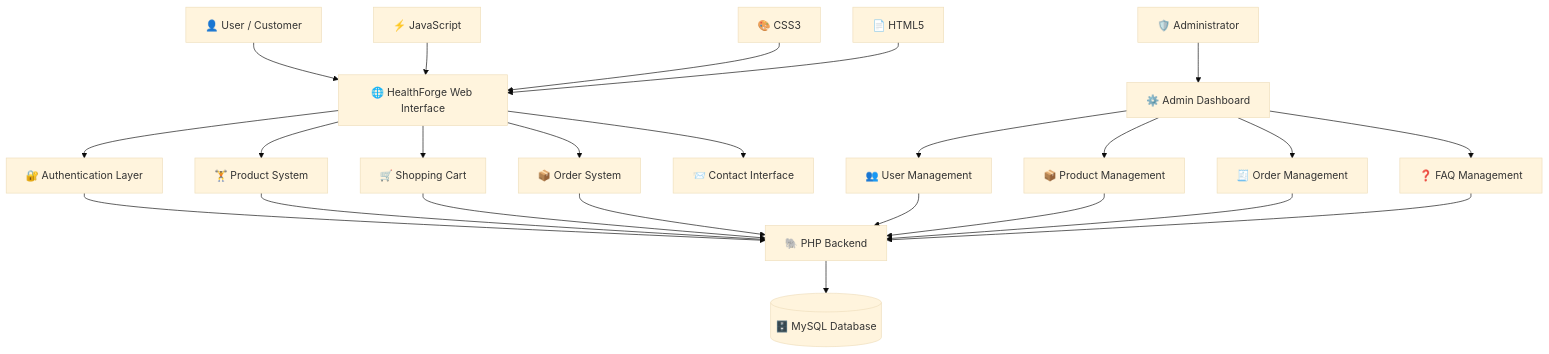
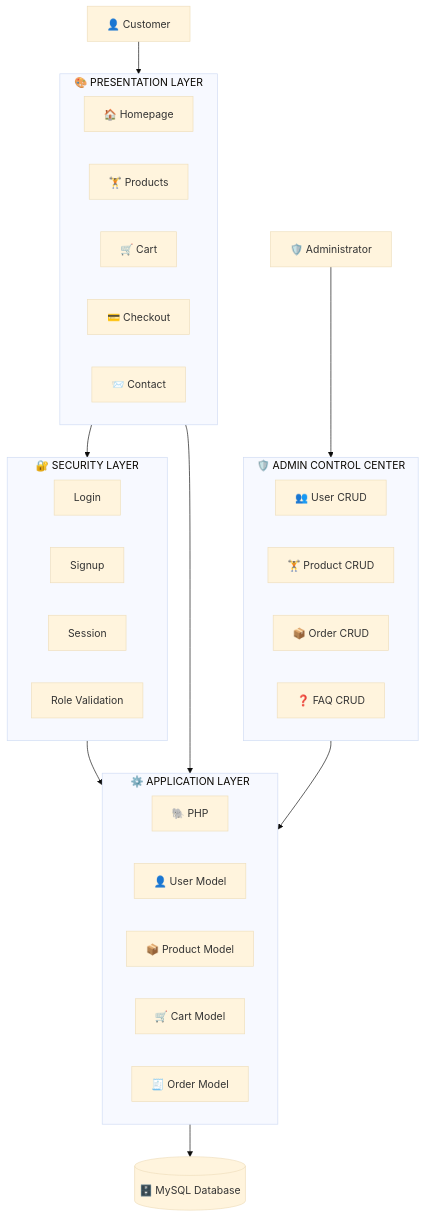
The first of 10 diagrams in README.md (Ahamed369/HealthForge-Fitness-Web-Application), drawn with Mermaid (base theme) before and after one commit. The commit also changed other lines of this file, not shown here.

````diff
--- a/README.md
+++ b/README.md
@@ -137,33 +137,47 @@
 ```mermaid
-flowchart TD
-    U["👤 User / Customer"] --> UI["🌐 HealthForge Web Interface"]
+flowchart TB
 
-    A["🛡️ Administrator"] --> AD["⚙️ Admin Dashboard"]
+    USER["👤 Customer"]
+    ADMIN["🛡️ Administrator"]
 
-    UI --> AUTH["🔐 Authentication Layer"]
-    UI --> PROD["🏋️ Product System"]
-    UI --> CART["🛒 Shopping Cart"]
-    UI --> ORD["📦 Order System"]
-    UI --> CONTACT["📨 Contact Interface"]
+    subgraph UI["🎨 PRESENTATION LAYER"]
+        HOME["🏠 Homepage"]
+        PRODUCTS["🏋️ Products"]
+        CART["🛒 Cart"]
+        CHECKOUT["💳 Checkout"]
+        CONTACT["📨 Contact"]
+    end
 
-    AD --> USERM["👥 User Management"]
-    AD --> PRODM["📦 Product Management"]
-    AD --> ORDM["🧾 Order Management"]
-    AD --> FAQM["❓ FAQ Management"]
+    subgraph AUTH["🔐 SECURITY LAYER"]
+        LOGIN["Login"]
+        SIGNUP["Signup"]
+        SESSION["Session"]
+        ROLE["Role Validation"]
+    end
 
-    AUTH --> PHP["🐘 PHP Backend"]
-    PROD --> PHP
-    CART --> PHP
-    ORD --> PHP
+    subgraph APP["⚙️ APPLICATION LAYER"]
+        PHP["🐘 PHP"]
+        UM["👤 User Model"]
+        PM["📦 Product Model"]
+        CM["🛒 Cart Model"]
+        OM["🧾 Order Model"]
+    end
 
-    USERM --> PHP
-    PRODM --> PHP
-    ORDM --> PHP
-    FAQM --> PHP
+    subgraph CONTROL["🛡️ ADMIN CONTROL CENTER"]
+        USERS["👥 User CRUD"]
+        PROD["🏋️ Product CRUD"]
+        ORDERS["📦 Order CRUD"]
+        FAQ["❓ FAQ CRUD"]
+    end
 
-    PHP --> DB[("🗄️ MySQL Database")]
+    DB[("🗄️ MySQL Database")]
 
-    JS["⚡ JavaScript"] --> UI
-    CSS["🎨 CSS3"] --> UI
-    HTML["📄 HTML5"] --> UI
+    USER --> UI
+    ADMIN --> CONTROL
+
+    UI --> AUTH
+    AUTH --> APP
+    UI --> APP
+    CONTROL --> APP
+    APP --> DB
 ```
````
